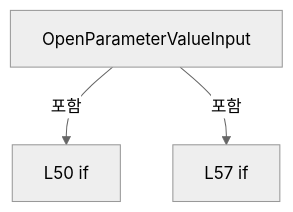
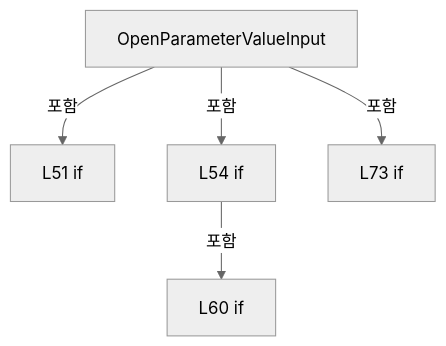
Before and after one commit to kjuws10-rgb/Shared: the second of 3 diagrams in A3 LD Code Ref/files/Drilling.UI/Views/CSettingView.xaml.cs.md, drawn with Mermaid (neutral theme). The commit also changed other lines of this file and 1984 other files, not shown here.

Commit message:
docs(a3): update 11.17.0 architecture and complete code reference

````diff
--- a/A3 LD Code Ref/files/Drilling.UI/Views/CSettingView.xaml.cs.md
+++ b/A3 LD Code Ref/files/Drilling.UI/Views/CSettingView.xaml.cs.md
@@ -273,8 +288,12 @@
 ```mermaid
 flowchart TD
  M["OpenParameterValueInput"]
- N0["L50 if"]
+ N0["L51 if"]
  M -->|포함| N0
- N1["L57 if"]
+ N1["L54 if"]
  M -->|포함| N1
+ N2["L60 if"]
+ N1 -->|포함| N2
+ N3["L73 if"]
+ M -->|포함| N3
 ```
````
